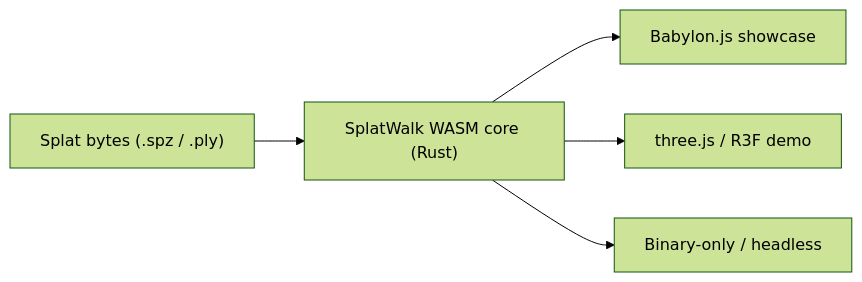
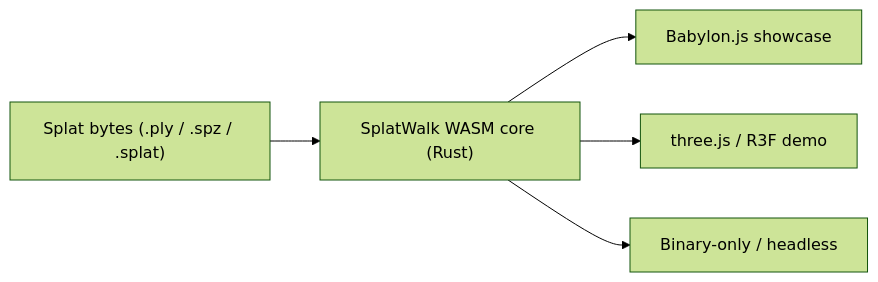
One commit to EricEisaman/splatwalk changed the diagram in README.md. Above: the diagram before and after it, drawn with Mermaid (forest theme). The commit also changed other lines of this file and 17 other files, not shown here.

Commit message:
.spz and .splat support

````diff
--- a/README.md
+++ b/README.md
@@ -32,7 +32,7 @@
 ```mermaid
 flowchart LR
-    splat["Splat bytes (.spz / .ply)"] --> core["SplatWalk WASM core (Rust)"]
+    splat["Splat bytes (.ply / .spz / .splat)"] --> core["SplatWalk WASM core (Rust)"]
     core --> babylon["Babylon.js showcase"]
     core --> three["three.js / R3F demo"]
     core --> headless["Binary-only / headless"]
 ```
````
